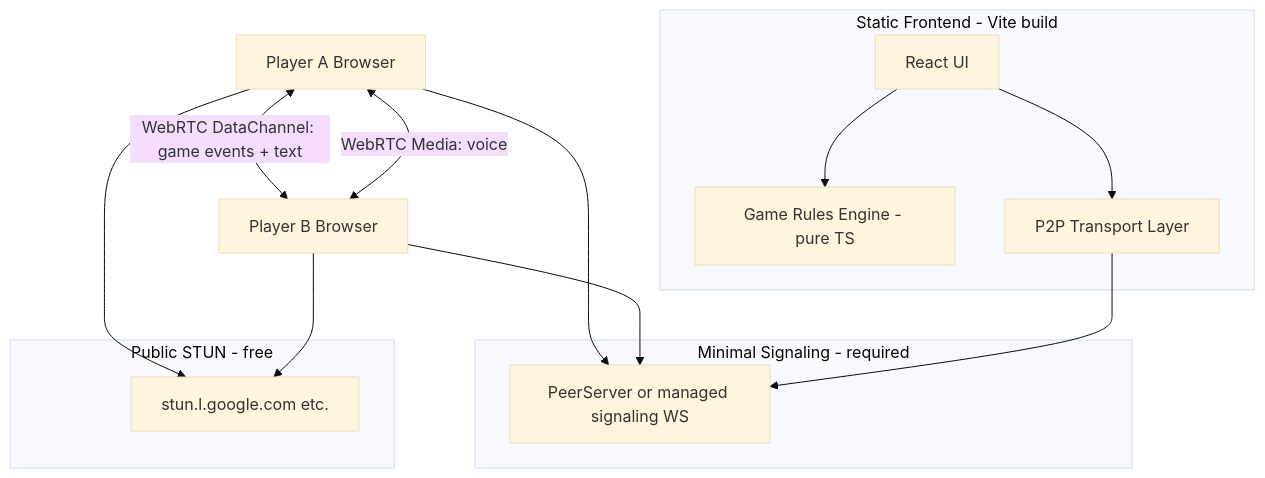
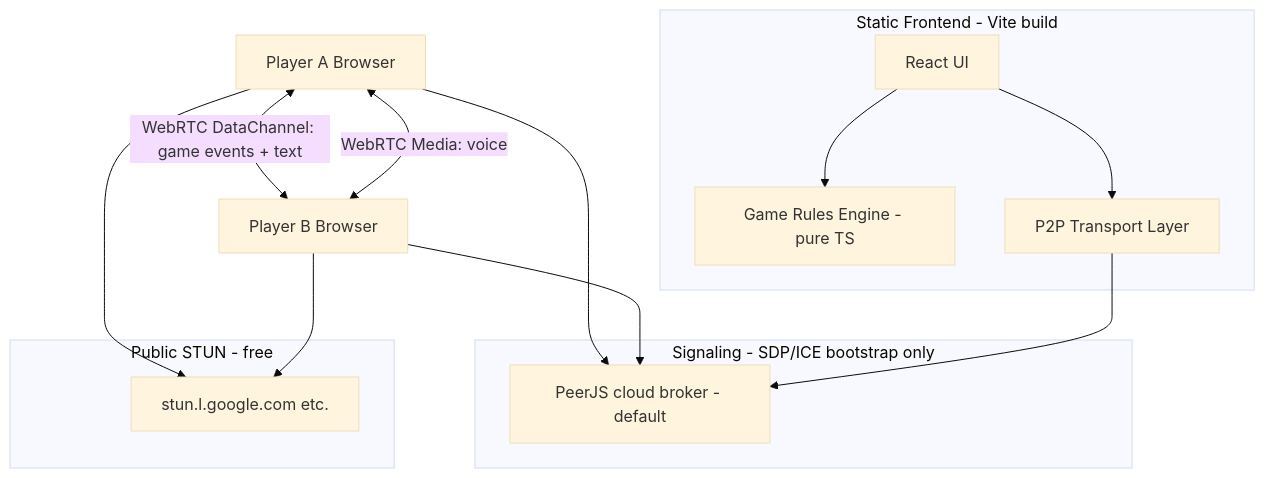
The diagram in docs/PRD.md (MuhammedBeyhanUS/guessWho), drawn with Mermaid (base theme) before and after one commit. The commit also changed other lines of this file and 14 other files, not shown here.

First line of the commit message:
feat: switch default P2P signaling to PeerJS cloud [Composer | tokens: n/a]

````diff
--- a/docs/PRD.md
+++ b/docs/PRD.md
@@ -130,29 +130,29 @@
 ```mermaid
 flowchart TB
   subgraph static [Static Frontend - Vite build]
     UI[React UI]
     Rules[Game Rules Engine - pure TS]
     Transport[P2P Transport Layer]
     UI --> Rules
     UI --> Transport
   end
 
-  subgraph signaling [Minimal Signaling - required]
-    Sig[PeerServer or managed signaling WS]
+  subgraph signaling [Signaling - SDP/ICE bootstrap only]
+    Sig[PeerJS cloud broker - default]
   end
 
   subgraph stun [Public STUN - free]
     STUN[stun.l.google.com etc.]
   end
 
   Host[Player A Browser]
   Guest[Player B Browser]
 
   Host <-->|WebRTC DataChannel: game events + text| Guest
   Host <-->|WebRTC Media: voice| Guest
   Host --> Sig
   Guest --> Sig
   Host --> STUN
   Guest --> STUN
   Transport --> Sig
 ```
````
